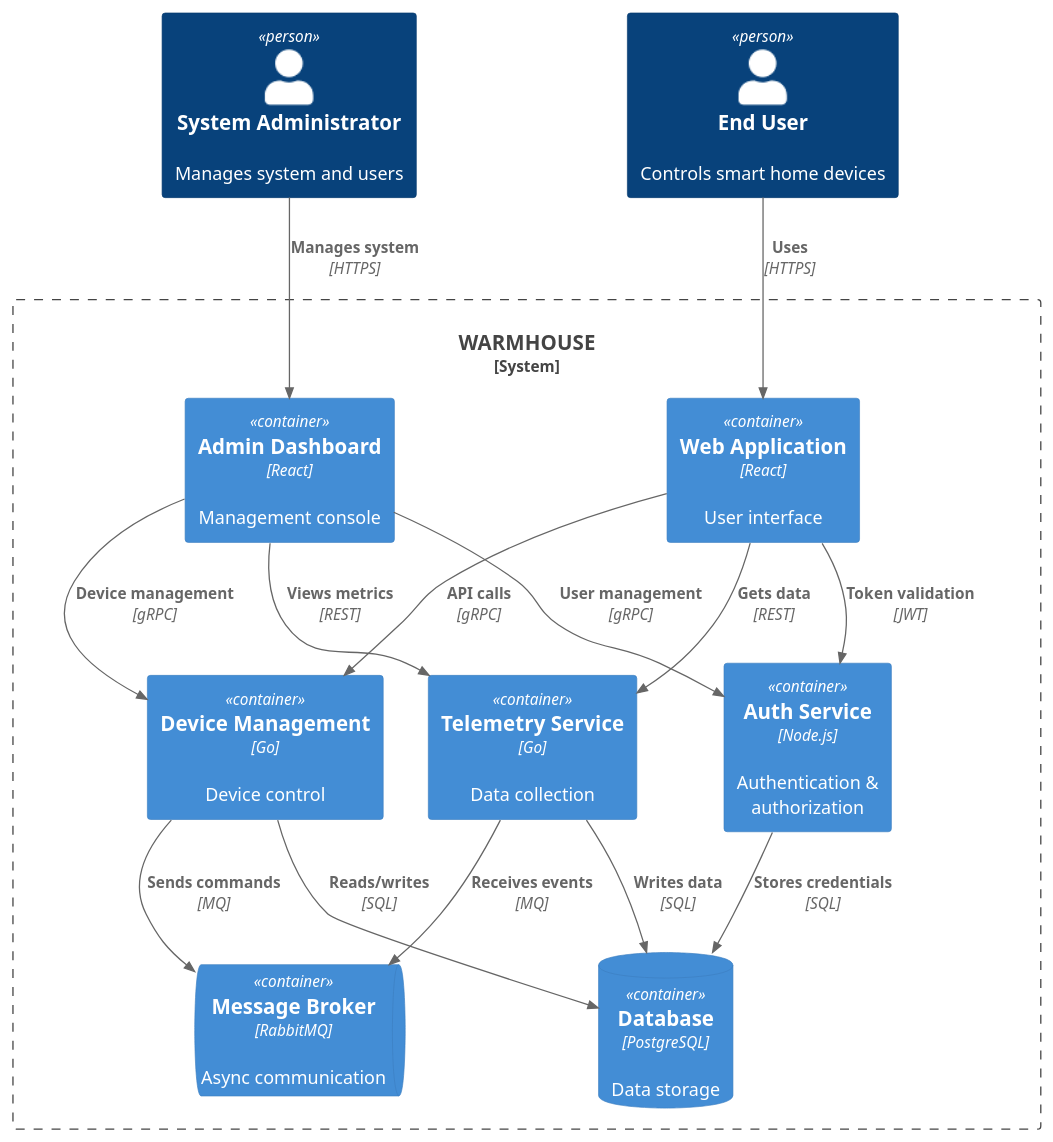
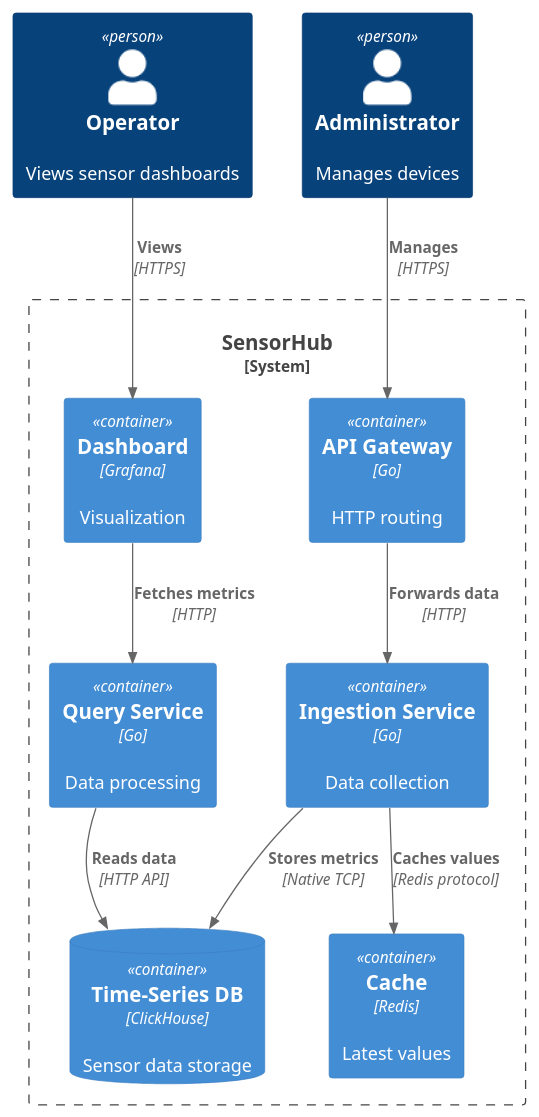
Before and after one commit to vasiliy1305/DataFlowEngine: the diagram in schemas/diagrams/container/Container.puml, drawn with PlantUML. The commit also changed 1 other file, not shown here.

```diff
--- a/schemas/diagrams/container/Container.puml
+++ b/schemas/diagrams/container/Container.puml
@@ -1,38 +1,25 @@
 @startuml
-!includeurl https://raw.githubusercontent.com/RicardoNiepel/C4-PlantUML/master/C4_Container.puml
+!include https://raw.githubusercontent.com/plantuml-stdlib/C4-PlantUML/master/C4_Container.puml
 
-Person(user, "End User", "Controls smart home devices")
-Person(admin, "System Administrator", "Manages system and users")
+Person(operator, "Operator", "Views sensor dashboards")
+Person(admin, "Administrator", "Manages devices")
 
-System_Boundary(system, "WARMHOUSE") {
-    Container(web_app, "Web Application", "React", "User interface")
-    Container(admin_ui, "Admin Dashboard", "React", "Management console")
-    Container(device_mgmt, "Device Management", "Go", "Device control")
-    Container(telemetry, "Telemetry Service", "Go", "Data collection")
-    Container(auth, "Auth Service", "Node.js", "Authentication & authorization")
-    ContainerDb(postgres, "Database", "PostgreSQL", "Data storage")
-    ContainerQueue(rabbitmq, "Message Broker", "RabbitMQ", "Async communication")
+System_Boundary(system, "SensorHub") {
+    Container(api, "API Gateway", "Go", "HTTP routing")
+    Container(ingestion, "Ingestion Service", "Go", "Data collection")
+    Container(query, "Query Service", "Go", "Data processing")
+    ContainerDb(clickhouse, "Time-Series DB", "ClickHouse", "Sensor data storage")
+    Container(redis, "Cache", "Redis", "Latest values")
+    Container(grafana, "Dashboard", "Grafana", "Visualization")
 }
 
+' Interactions
+Rel(operator, grafana, "Views", "HTTPS")
+Rel(admin, api, "Manages", "HTTPS")
 
-
-' User interactions
-Rel(user, web_app, "Uses", "HTTPS")
-Rel(web_app, device_mgmt, "API calls", "gRPC")
-Rel(web_app, telemetry, "Gets data", "REST")
-Rel(web_app, auth, "Token validation", "JWT")
-
-
-' Admin interactions
-Rel(admin, admin_ui, "Manages system", "HTTPS")
-Rel(admin_ui, auth, "User management", "gRPC")
-Rel(admin_ui, device_mgmt, "Device management", "gRPC")
-Rel(admin_ui, telemetry, "Views metrics", "REST")
-
-' Service interactions
-Rel(device_mgmt, rabbitmq, "Sends commands", "MQ")
-Rel(telemetry, rabbitmq, "Receives events", "MQ")
-Rel(telemetry, postgres, "Writes data", "SQL")
-Rel(device_mgmt, postgres, "Reads/writes", "SQL")
-Rel(auth, postgres, "Stores credentials", "SQL")
+Rel(api, ingestion, "Forwards data", "HTTP")
+Rel(ingestion, clickhouse, "Stores metrics", "Native TCP")
+Rel(ingestion, redis, "Caches values", "Redis protocol")
+Rel(query, clickhouse, "Reads data", "HTTP API")
+Rel(grafana, query, "Fetches metrics", "HTTP")
 @enduml
```
